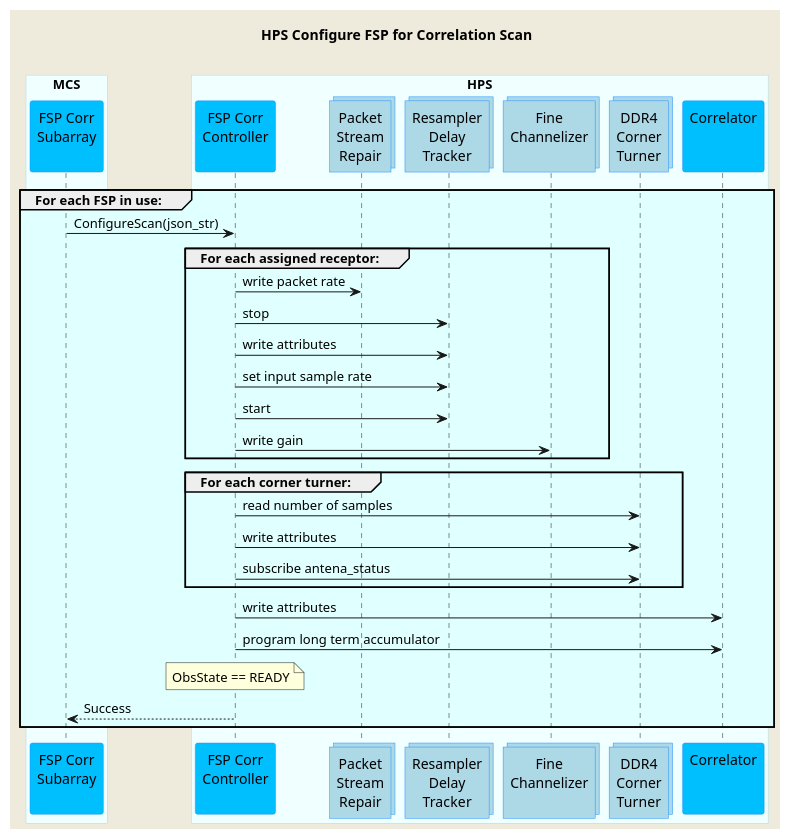
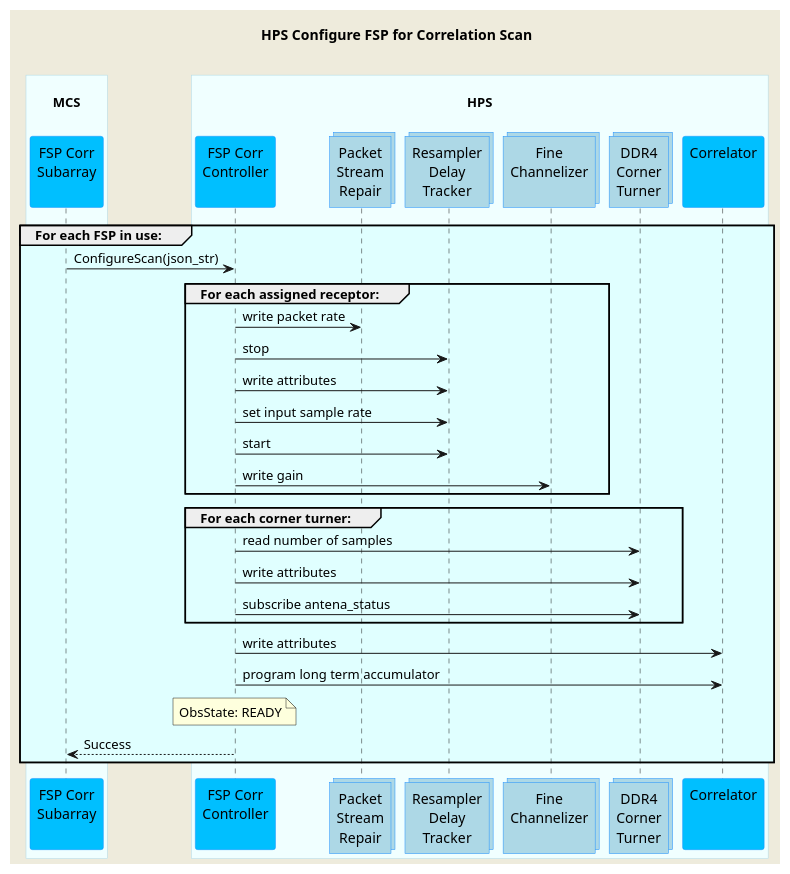
Before and after one commit to ska-telescope/mid-cbf-mcs: the diagram in docs/src/diagrams/configure-scan-hps-fsp.puml, drawn with PlantUML. The commit also changed 8 other files, not shown here.

```diff
--- a/docs/src/diagrams/configure-scan-hps-fsp.puml
+++ b/docs/src/diagrams/configure-scan-hps-fsp.puml
@@ -1,57 +1,56 @@
 @startuml
 'https://plantuml.com/sequence-diagram
 
 skinparam backgroundColor #EEEBDC
 skinparam sequence {
     ParticipantBorderColor DodgerBlue
     ParticipantBackgroundColor DeepSkyBlue
     ActorBorderColor DarkGreen
     ActorBackgroundColor Green
     BoxBorderColor LightBlue
     BoxBackgroundColor #F0FFFF
 }
 skinparam collections {
     BackGroundColor LightBlue
     BorderColor DodgerBlue
 }
 
 title HPS Configure FSP for Correlation Scan\n
 
-box "MCS"
-participant "FSP Corr\nSubarray\n" as fspcorr
+box "\nMCS\n"
+    participant "FSP Corr\nSubarray\n" as fspcorr
 end box
-
-box "HPS"
-participant "FSP Corr\nController\n" as hpsfspcorr
-collections "Packet\nStream\nRepair" as psr
-collections "Resampler\nDelay\nTracker" as rdt
-collections "Fine\nChannelizer\n" as channelizer
-collections "DDR4\nCorner\nTurner" as dct
-participant "Correlator\n\n" as correlator
+box "\nHPS\n"
+    participant "FSP Corr\nController\n" as hpsfspcorr
+    collections "Packet\nStream\nRepair" as psr
+    collections "Resampler\nDelay\nTracker" as rdt
+    collections "Fine\nChannelizer\n" as channelizer
+    collections "DDR4\nCorner\nTurner" as dct
+    participant "Correlator\n\n" as correlator
 end box
 
 group #LightCyan For each FSP in use:
     fspcorr     -> hpsfspcorr   : ConfigureScan(json_str)
 
     group #LightCyan For each assigned receptor:
         hpsfspcorr  -> psr         : write packet rate
         hpsfspcorr  -> rdt         : stop
         hpsfspcorr  -> rdt         : write attributes
         hpsfspcorr  -> rdt         : set input sample rate
         hpsfspcorr  -> rdt         : start
         hpsfspcorr  -> channelizer : write gain
     end group
 
     group #LightCyan For each corner turner:
         hpsfspcorr  -> dct  : read number of samples
         hpsfspcorr  -> dct  : write attributes
         hpsfspcorr  -> dct  : subscribe antena_status
     end group
 
     hpsfspcorr  -> correlator   : write attributes
     hpsfspcorr  -> correlator   : program long term accumulator
-    note over hpsfspcorr        : ObsState == READY
+    note over hpsfspcorr        : ObsState: READY
     hpsfspcorr  --> fspcorr     : Success
 end group
 
 @enduml
```
